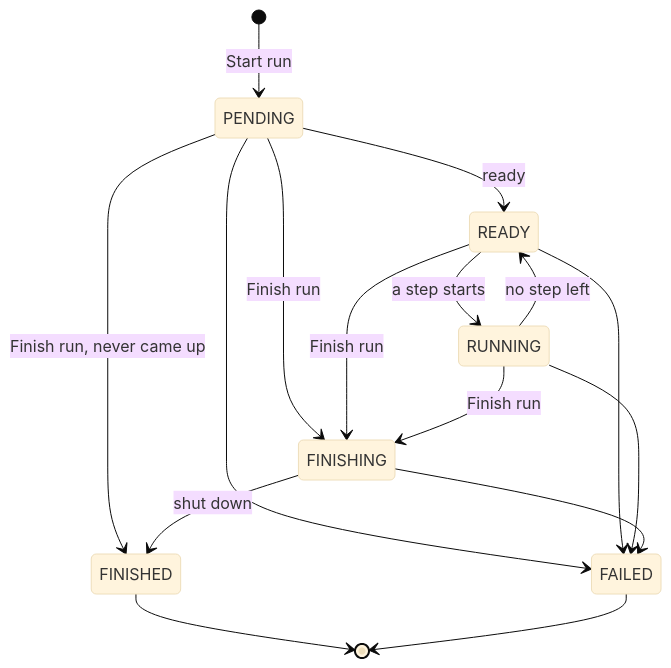
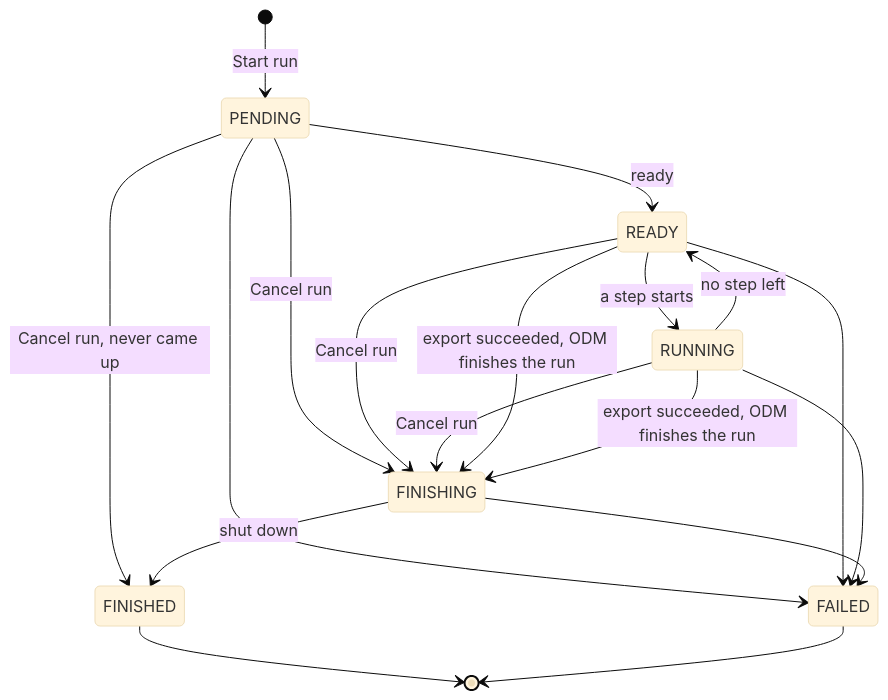
The diagram in docs-rework/contribute/harmonise/run-lifecycle.md (genestack/user-docs), drawn with Mermaid (base theme) before and after one commit. The commit also changed other lines of this file and 1 other file, not shown here.

Commit message:
BIA-284: Say ODM finishes a run after its export in the lifecycle and the study guide

````diff
--- a/docs-rework/contribute/harmonise/run-lifecycle.md
+++ b/docs-rework/contribute/harmonise/run-lifecycle.md
@@ -25,18 +25,20 @@
 ```mermaid
 stateDiagram-v2
     [*] --> PENDING: Start run
     PENDING --> READY: ready
     READY --> RUNNING: a step starts
     RUNNING --> READY: no step left
-    PENDING --> FINISHING: Finish run
-    PENDING --> FINISHED: Finish run, never came up
-    READY --> FINISHING: Finish run
-    RUNNING --> FINISHING: Finish run
+    PENDING --> FINISHING: Cancel run
+    PENDING --> FINISHED: Cancel run, never came up
+    READY --> FINISHING: Cancel run
+    RUNNING --> FINISHING: Cancel run
+    READY --> FINISHING: export succeeded, ODM finishes the run
+    RUNNING --> FINISHING: export succeeded, ODM finishes the run
     FINISHING --> FINISHED: shut down
     PENDING --> FAILED
     READY --> FAILED
     RUNNING --> FAILED
     FINISHING --> FAILED
     FINISHED --> [*]
     FAILED --> [*]
 ```
````
